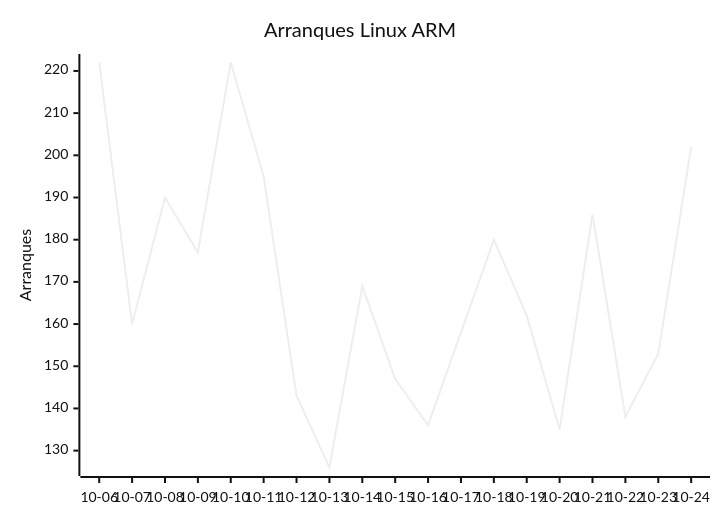
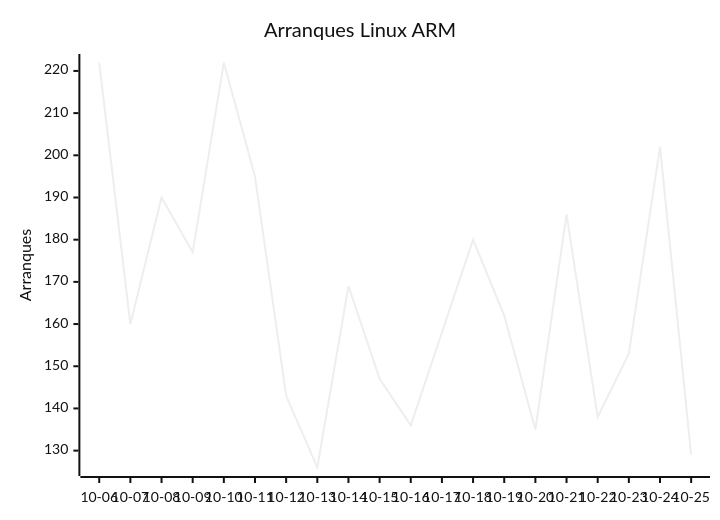
One commit to EmuDeck/stats changed the second of 9 diagrams in README.md. Above: the diagram before and after it, drawn with Mermaid (neutral theme). The commit also changed other lines of this file and 2 other files, not shown here.

````diff
--- a/README.md
+++ b/README.md
@@ -26,7 +26,7 @@
 ```mermaid
 xychart-beta
     title "Arranques Linux ARM"
-    x-axis ["10-06", "10-07", "10-08", "10-09", "10-10", "10-11", "10-12", "10-13", "10-14", "10-15", "10-16", "10-17", "10-18", "10-19", "10-20", "10-21", "10-22", "10-23", "10-24"]
+    x-axis ["10-06", "10-07", "10-08", "10-09", "10-10", "10-11", "10-12", "10-13", "10-14", "10-15", "10-16", "10-17", "10-18", "10-19", "10-20", "10-21", "10-22", "10-23", "10-24", "10-25"]
     y-axis "Arranques"
-    line [222, 160, 190, 177, 222, 195, 143, 126, 169, 147, 136, 158, 180, 162, 135, 186, 138, 153, 202]
+    line [222, 160, 190, 177, 222, 195, 143, 126, 169, 147, 136, 158, 180, 162, 135, 186, 138, 153, 202, 129]
 ```
````
